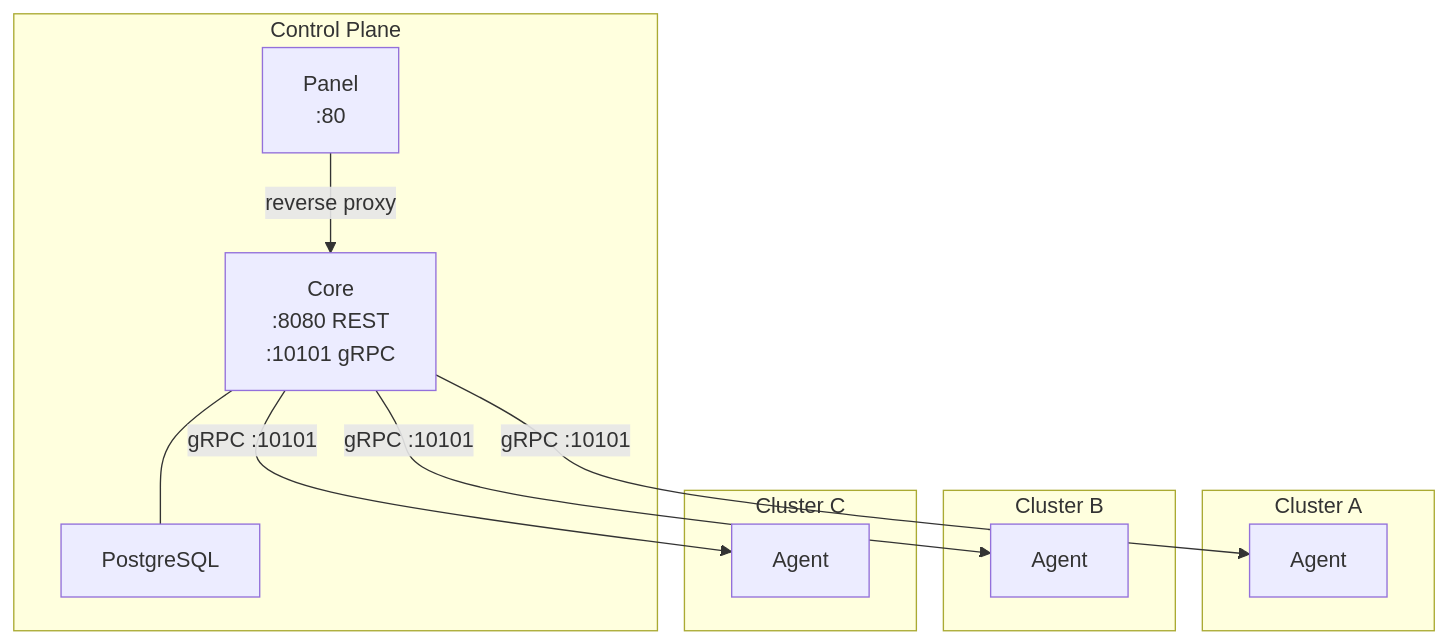
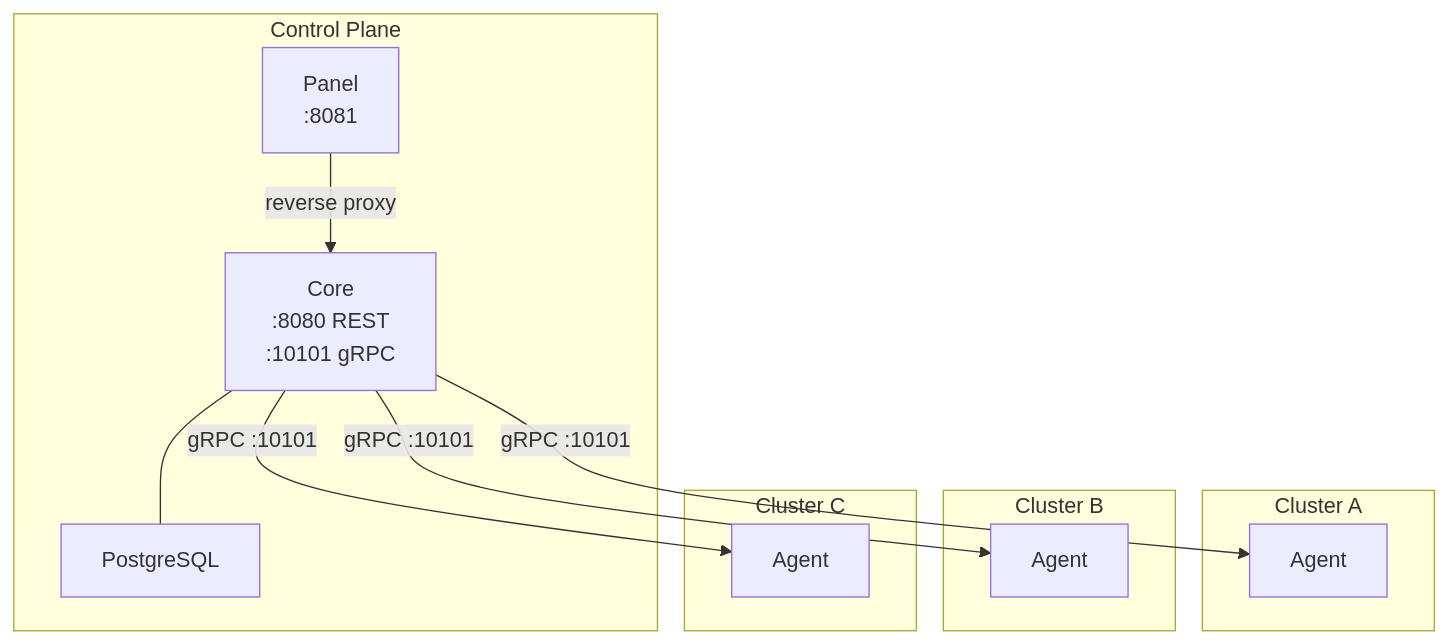
Before and after one commit to poddeck/poddeck: the diagram in README.md, drawn with Mermaid.

Commit message:
Update panel port to 8081 in architecture diagram

````diff
--- a/README.md
+++ b/README.md
@@ -7,26 +7,26 @@
 ```mermaid
 graph TD
     subgraph Control Plane
-        Panel["Panel\n:80"]
+        Panel["Panel\n:8081"]
         Core["Core\n:8080 REST\n:10101 gRPC"]
         DB["PostgreSQL"]
         Panel -->|reverse proxy| Core
         Core --- DB
     end
 
     Core -->|gRPC :10101| AgentA
     Core -->|gRPC :10101| AgentB
     Core -->|gRPC :10101| AgentC
 
     subgraph Cluster A
         AgentA["Agent"]
     end
 
     subgraph Cluster B
         AgentB["Agent"]
     end
 
     subgraph Cluster C
         AgentC["Agent"]
     end
 ```
````
